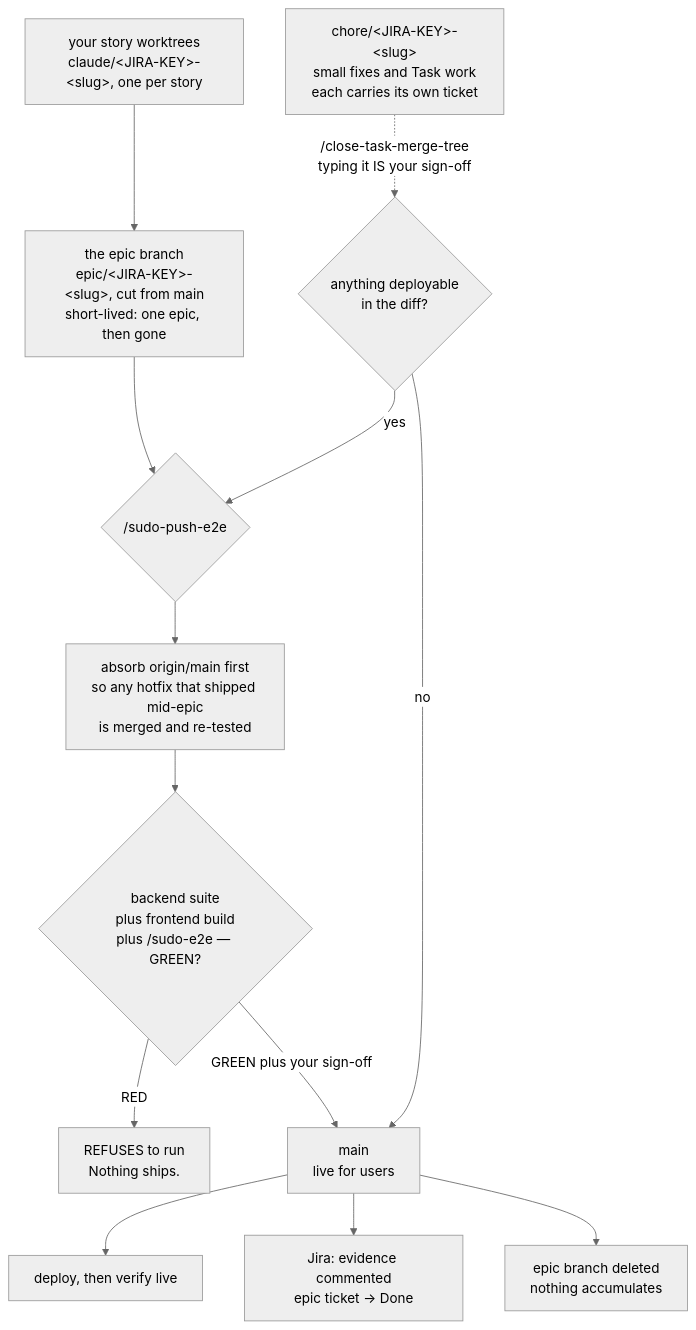
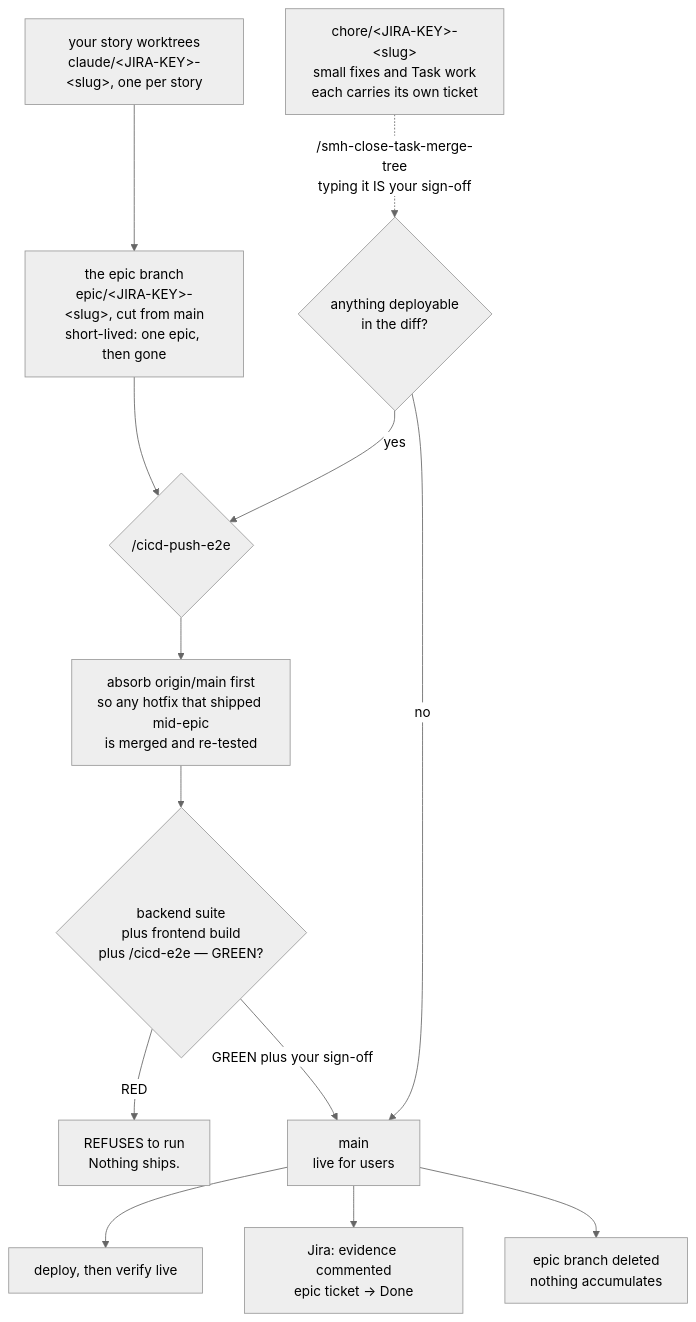
One commit to sudomadhatter/Sudo_Hatter_Command changed the fifth of 8 diagrams in _my_resources/_quick_reference/sudo_workflows_testing.md. Above: the diagram before and after it, drawn with Mermaid (neutral theme). The commit also changed other lines of this file and 402 other files, not shown here.

````diff
--- a/_my_resources/_quick_reference/sudo_workflows_testing.md
+++ b/_my_resources/_quick_reference/sudo_workflows_testing.md
@@ -525,15 +526,15 @@
 ```mermaid
 flowchart TD
     DEV["your story worktrees\nclaude/&lt;JIRA-KEY&gt;-&lt;slug&gt;, one per story"] --> EPIC["the epic branch\nepic/&lt;JIRA-KEY&gt;-&lt;slug&gt;, cut from main\nshort-lived: one epic, then gone"]
-    EPIC --> SHIP{"/sudo-push-e2e"}
+    EPIC --> SHIP{"/cicd-push-e2e"}
     SHIP --> SYNC["absorb origin/main first\nso any hotfix that shipped mid-epic\nis merged and re-tested"]
-    SYNC --> GATE{"backend suite\nplus frontend build\nplus /sudo-e2e — GREEN?"}
+    SYNC --> GATE{"backend suite\nplus frontend build\nplus /cicd-e2e — GREEN?"}
     GATE -- "RED" --> STOP["REFUSES to run\nNothing ships."]
     GATE -- "GREEN plus your sign-off" --> MAIN["main\nlive for users"]
     MAIN --> DEPLOY["deploy, then verify live"]
     MAIN --> TICKET["Jira: evidence commented\nepic ticket → Done"]
     MAIN --> DEL["epic branch deleted\nnothing accumulates"]
-    CHORE["chore/&lt;JIRA-KEY&gt;-&lt;slug&gt;\nsmall fixes and Task work\neach carries its own ticket"] -.->|"/close-task-merge-tree\ntyping it IS your sign-off"| LANE{"anything deployable\nin the diff?"}
+    CHORE["chore/&lt;JIRA-KEY&gt;-&lt;slug&gt;\nsmall fixes and Task work\neach carries its own ticket"] -.->|"/smh-close-task-merge-tree\ntyping it IS your sign-off"| LANE{"anything deployable\nin the diff?"}
     LANE -- "no" --> MAIN
     LANE -- "yes" --> SHIP
 ```
````
